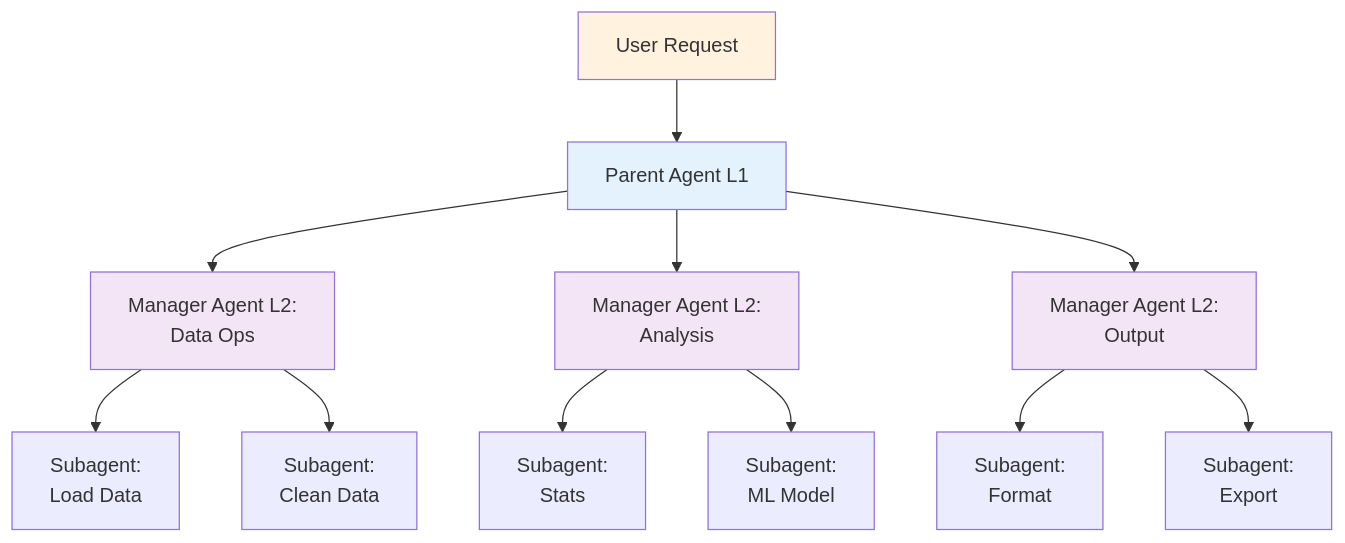
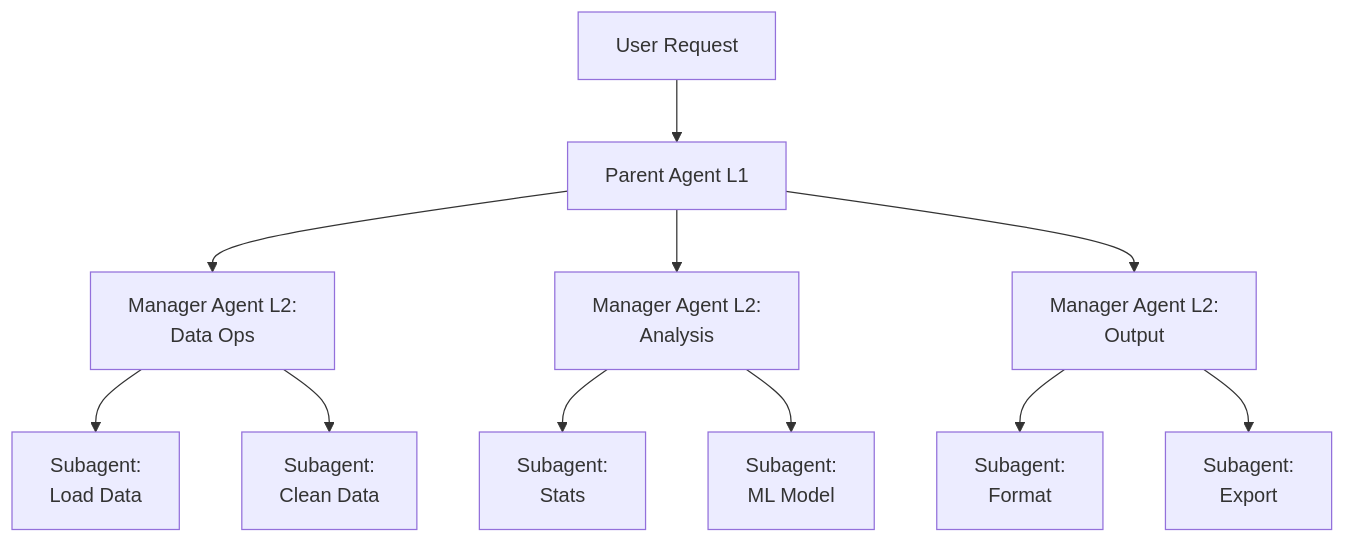
The second of 4 diagrams in docs/08_Subagents.md (CagriCatik/claude-ollama-coder), drawn with Mermaid before and after one commit. The commit also changed other lines of this file and 16 other files, not shown here.

````diff
--- a/docs/08_Subagents.md
+++ b/docs/08_Subagents.md
@@ -77,23 +95,18 @@
 ```mermaid
 graph TD
     A["User Request"] --> B["Parent Agent L1"]
     
     B --> C["Manager Agent L2:<br/>Data Ops"]
     B --> D["Manager Agent L2:<br/>Analysis"]
     B --> E["Manager Agent L2:<br/>Output"]
     
     C --> C1["Subagent:<br/>Load Data"]
     C --> C2["Subagent:<br/>Clean Data"]
     
     D --> D1["Subagent:<br/>Stats"]
     D --> D2["Subagent:<br/>ML Model"]
     
     E --> E1["Subagent:<br/>Format"]
     E --> E2["Subagent:<br/>Export"]
     
-    style A fill:#fff3e0
-    style B fill:#e3f2fd
-    style C fill:#f3e5f5
-    style D fill:#f3e5f5
-    style E fill:#f3e5f5
 ```
````
